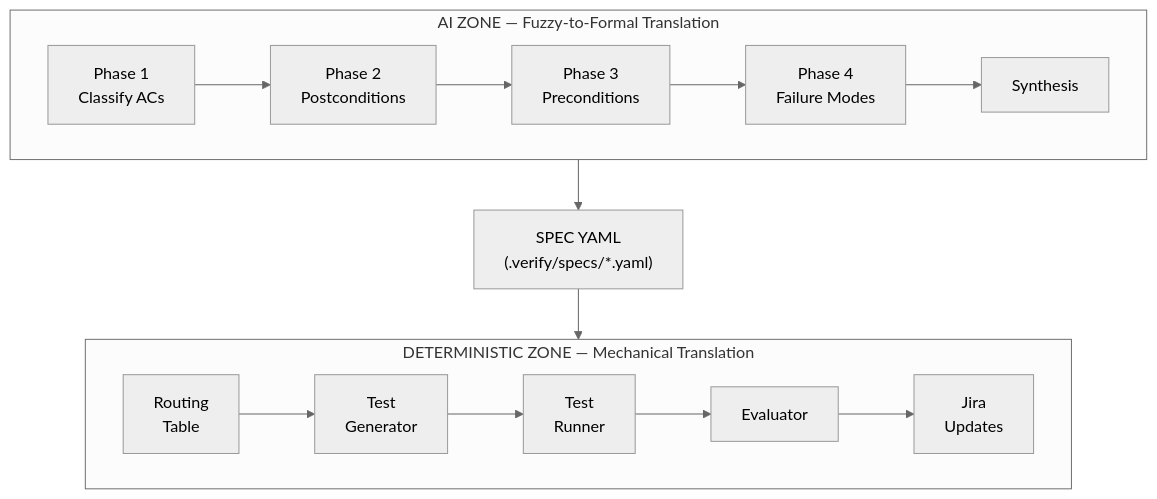
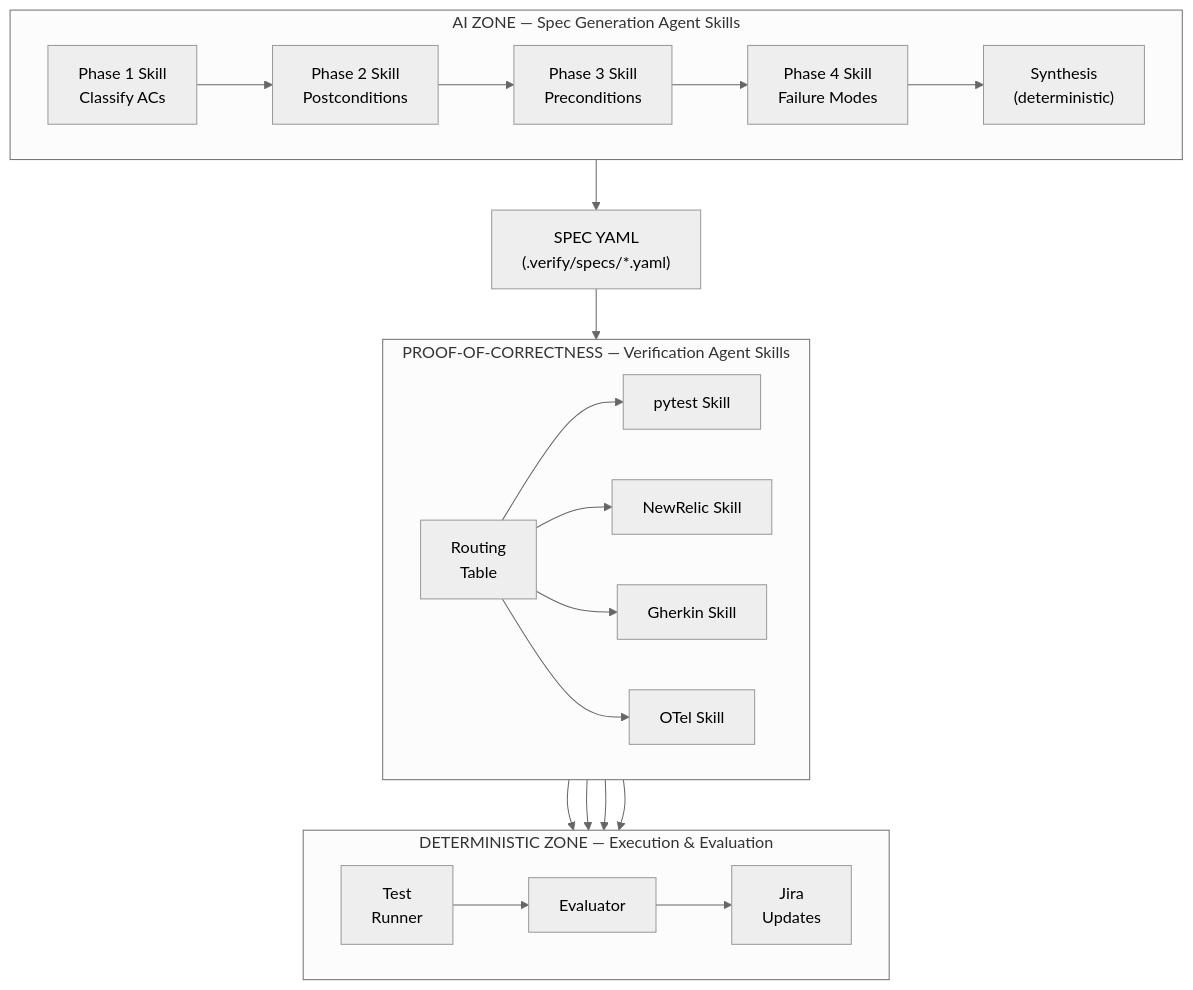
The second of 6 diagrams in docs/DESIGN.md (Dannytrev21/magic-agents), drawn with Mermaid (neutral theme) before and after one commit. The commit also changed other lines of this file and 3 other files, not shown here.

First line of the commit message:
docs: clarify test generation as Claude Agent Skills (proof-of-correctness)

````diff
--- a/docs/DESIGN.md
+++ b/docs/DESIGN.md
@@ -36,22 +38,30 @@
 ```mermaid
 flowchart TB
-    subgraph ai["AI ZONE — Fuzzy-to-Formal Translation"]
+    subgraph ai["AI ZONE — Spec Generation Agent Skills"]
         direction LR
-        P1["Phase 1\nClassify ACs"] --> P2["Phase 2\nPostconditions"]
-        P2 --> P3["Phase 3\nPreconditions"]
-        P3 --> P4["Phase 4\nFailure Modes"]
-        P4 --> SYN["Synthesis"]
+        P1["Phase 1 Skill\nClassify ACs"] --> P2["Phase 2 Skill\nPostconditions"]
+        P2 --> P3["Phase 3 Skill\nPreconditions"]
+        P3 --> P4["Phase 4 Skill\nFailure Modes"]
+        P4 --> SYN["Synthesis\n(deterministic)"]
     end
 
     SYN --> SPEC["SPEC YAML\n(.verify/specs/*.yaml)"]
 
-    subgraph det["DETERMINISTIC ZONE — Mechanical Translation"]
+    subgraph poc["PROOF-OF-CORRECTNESS — Verification Agent Skills"]
         direction LR
-        RT["Routing\nTable"] --> GEN["Test\nGenerator"]
-        GEN --> RUN["Test\nRunner"]
-        RUN --> EVAL["Evaluator"]
+        RT["Routing\nTable"] --> SK1["pytest Skill"]
+        RT --> SK2["NewRelic Skill"]
+        RT --> SK3["Gherkin Skill"]
+        RT --> SK4["OTel Skill"]
+    end
+
+    SPEC --> RT
+
+    subgraph det["DETERMINISTIC ZONE — Execution & Evaluation"]
+        direction LR
+        RUN["Test\nRunner"] --> EVAL["Evaluator"]
         EVAL --> JIRA["Jira\nUpdates"]
     end
 
-    SPEC --> RT
+    SK1 & SK2 & SK3 & SK4 --> RUN
 ```
````
